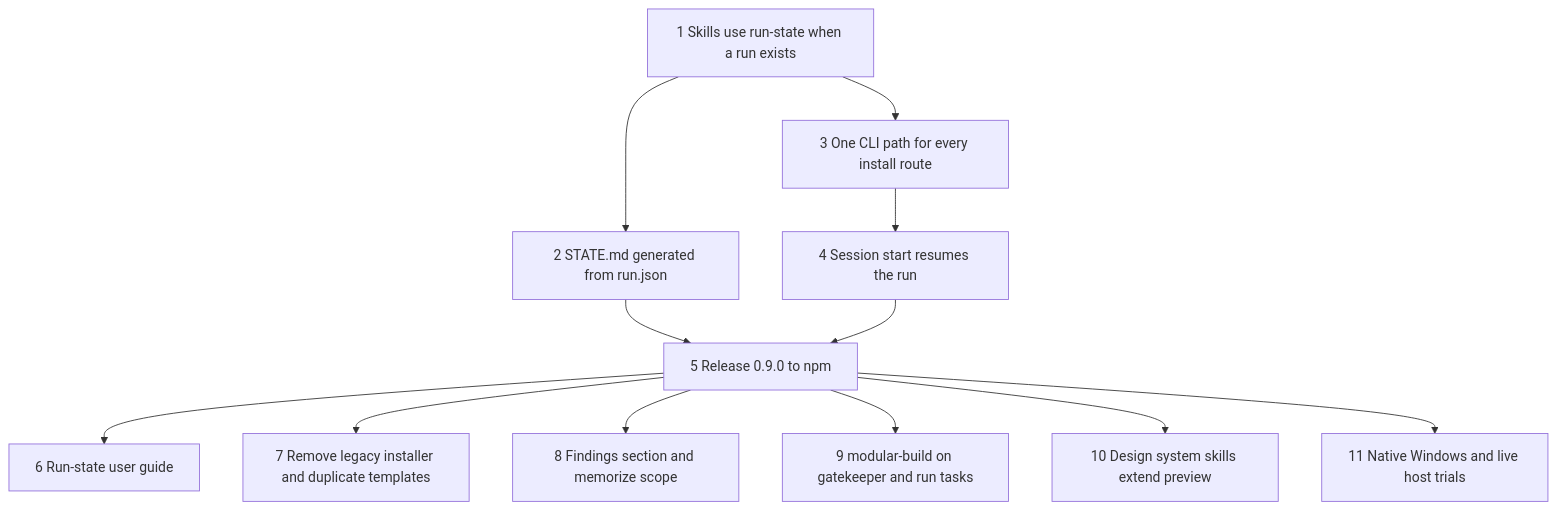
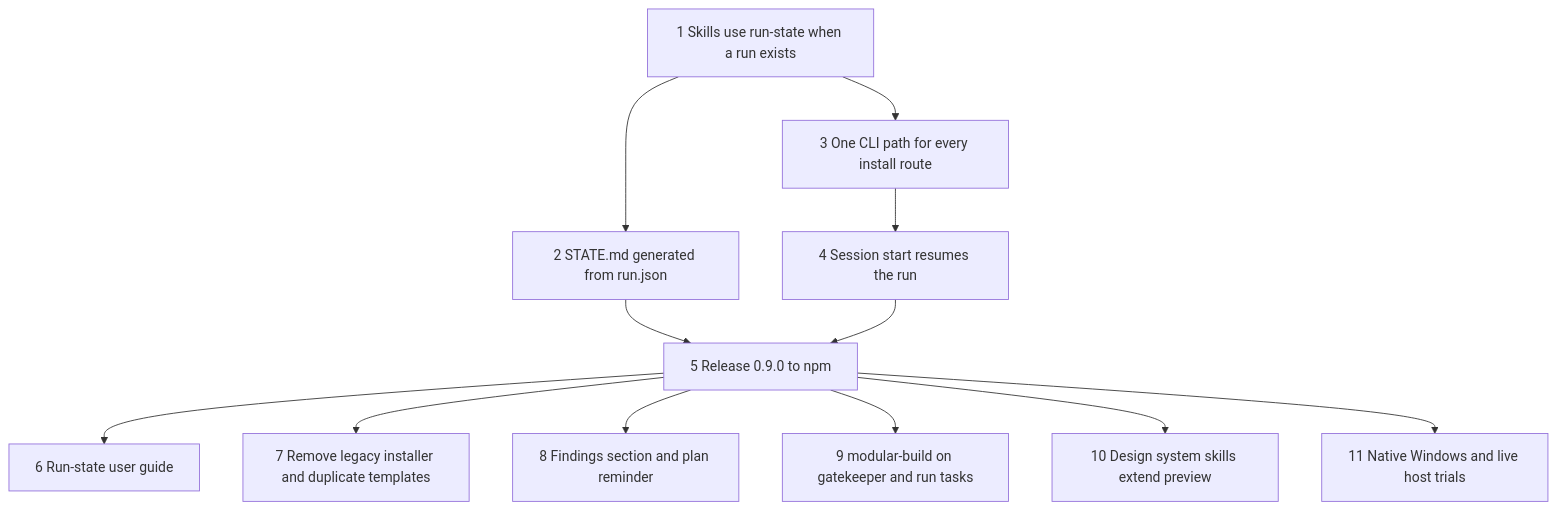
Before and after one commit to Mouad1/moskills: the second of 2 diagrams in docs/roadmap.md, drawn with Mermaid. The commit also changed other lines of this file and 13 other files, not shown here.

````diff
--- a/docs/roadmap.md
+++ b/docs/roadmap.md
@@ -101,14 +101,14 @@
 ```mermaid
 flowchart TD
   T1[1 Skills use run-state when a run exists] --> T2[2 STATE.md generated from run.json]
   T1 --> T3[3 One CLI path for every install route]
   T3 --> T4[4 Session start resumes the run]
   T2 --> T5[5 Release 0.9.0 to npm]
   T4 --> T5
   T5 --> T6[6 Run-state user guide]
   T5 --> T7[7 Remove legacy installer and duplicate templates]
-  T5 --> T8[8 Findings section and memorize scope]
+  T5 --> T8[8 Findings section and plan reminder]
   T5 --> T9[9 modular-build on gatekeeper and run tasks]
   T5 --> T10[10 Design system skills extend preview]
   T5 --> T11[11 Native Windows and live host trials]
 ```
````
